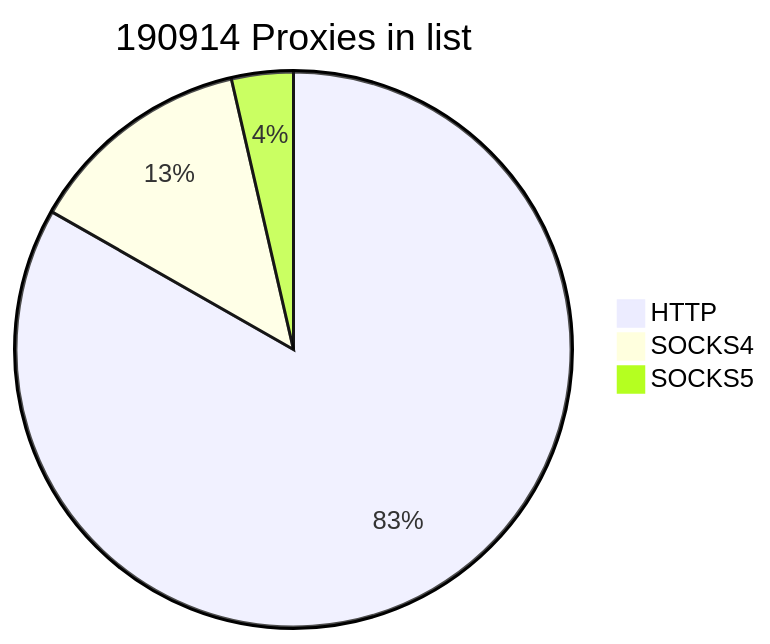
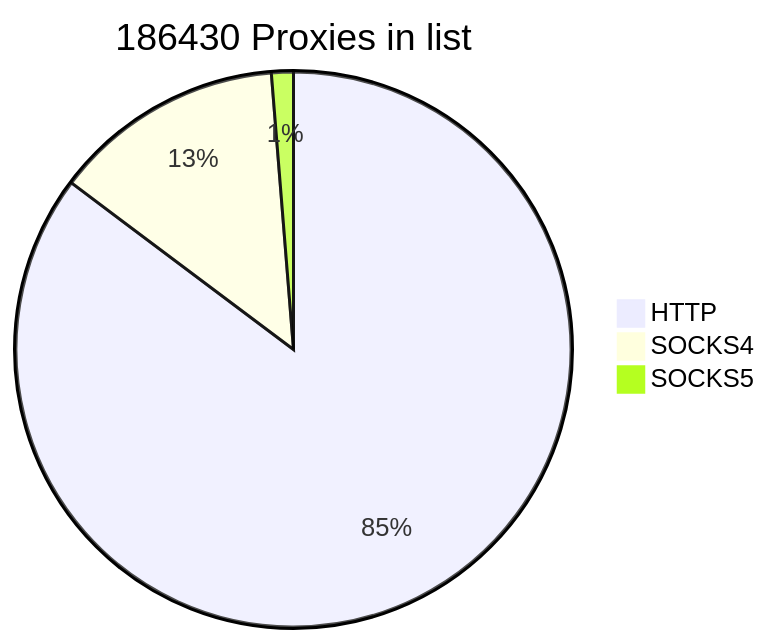
The first of 2 diagrams in README.md (cutipu/proxylist), drawn with Mermaid before and after one commit. The commit also changed other lines of this file, not shown here.

````diff
--- a/README.md
+++ b/README.md
@@ -2,7 +2,7 @@
 ```mermaid
-pie title 190914 Proxies in list
+pie title 186430 Proxies in list
     "HTTP" : 158928
-    "SOCKS4" : 25128
-    "SOCKS5" : 6858
+    "SOCKS4" : 25127
+    "SOCKS5" : 2375
             
 ```
````
